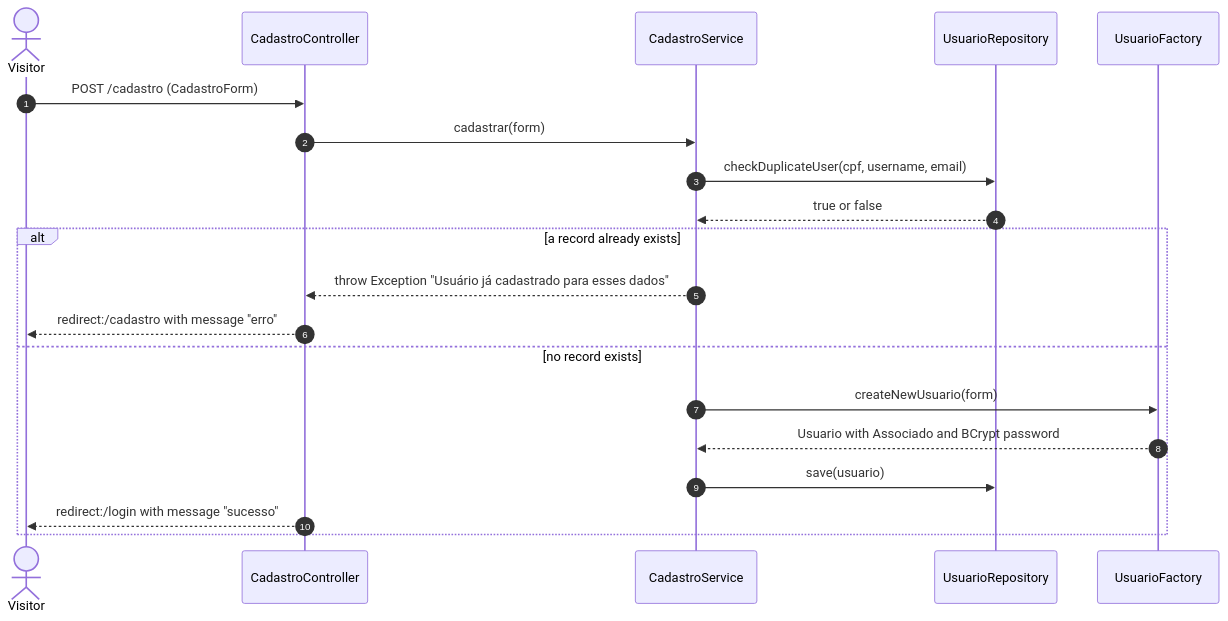
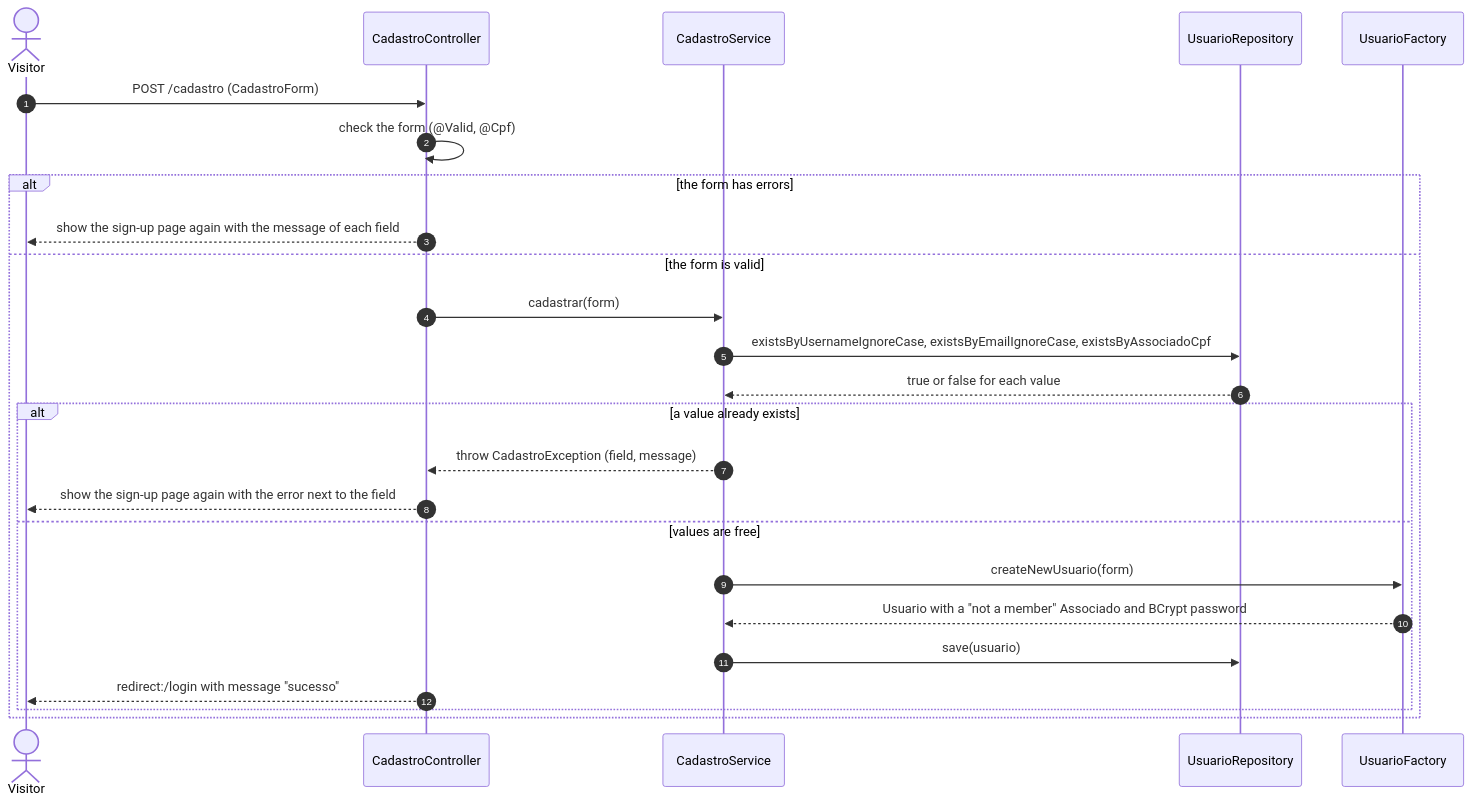
One commit to OlavoAppel/LPOO-Gestao-Socio-Torcedores changed the diagram in docs/diagramas/sequencia-cadastro-en.mmd. Above: the diagram before and after it, drawn with Mermaid. The commit also changed 11 other files, not shown here.

```diff
--- a/docs/diagramas/sequencia-cadastro-en.mmd
+++ b/docs/diagramas/sequencia-cadastro-en.mmd
@@ -1,20 +1,25 @@
 sequenceDiagram
 autonumber
 actor U as Visitor
 participant C as CadastroController
 participant S as CadastroService
 participant R as UsuarioRepository
 participant F as UsuarioFactory
 U->>C: POST /cadastro (CadastroForm)
-C->>S: cadastrar(form)
-S->>R: checkDuplicateUser(cpf, username, email)
-R-->>S: true or false
-alt a record already exists
-  S-->>C: throw Exception "Usuário já cadastrado para esses dados"
-  C-->>U: redirect:/cadastro with message "erro"
-else no record exists
-  S->>F: createNewUsuario(form)
-  F-->>S: Usuario with Associado and BCrypt password
-  S->>R: save(usuario)
-  C-->>U: redirect:/login with message "sucesso"
+C->>C: check the form (@Valid, @Cpf)
+alt the form has errors
+  C-->>U: show the sign-up page again with the message of each field
+else the form is valid
+  C->>S: cadastrar(form)
+  S->>R: existsByUsernameIgnoreCase, existsByEmailIgnoreCase, existsByAssociadoCpf
+  R-->>S: true or false for each value
+  alt a value already exists
+    S-->>C: throw CadastroException (field, message)
+    C-->>U: show the sign-up page again with the error next to the field
+  else values are free
+    S->>F: createNewUsuario(form)
+    F-->>S: Usuario with a "not a member" Associado and BCrypt password
+    S->>R: save(usuario)
+    C-->>U: redirect:/login with message "sucesso"
+  end
 end
```
